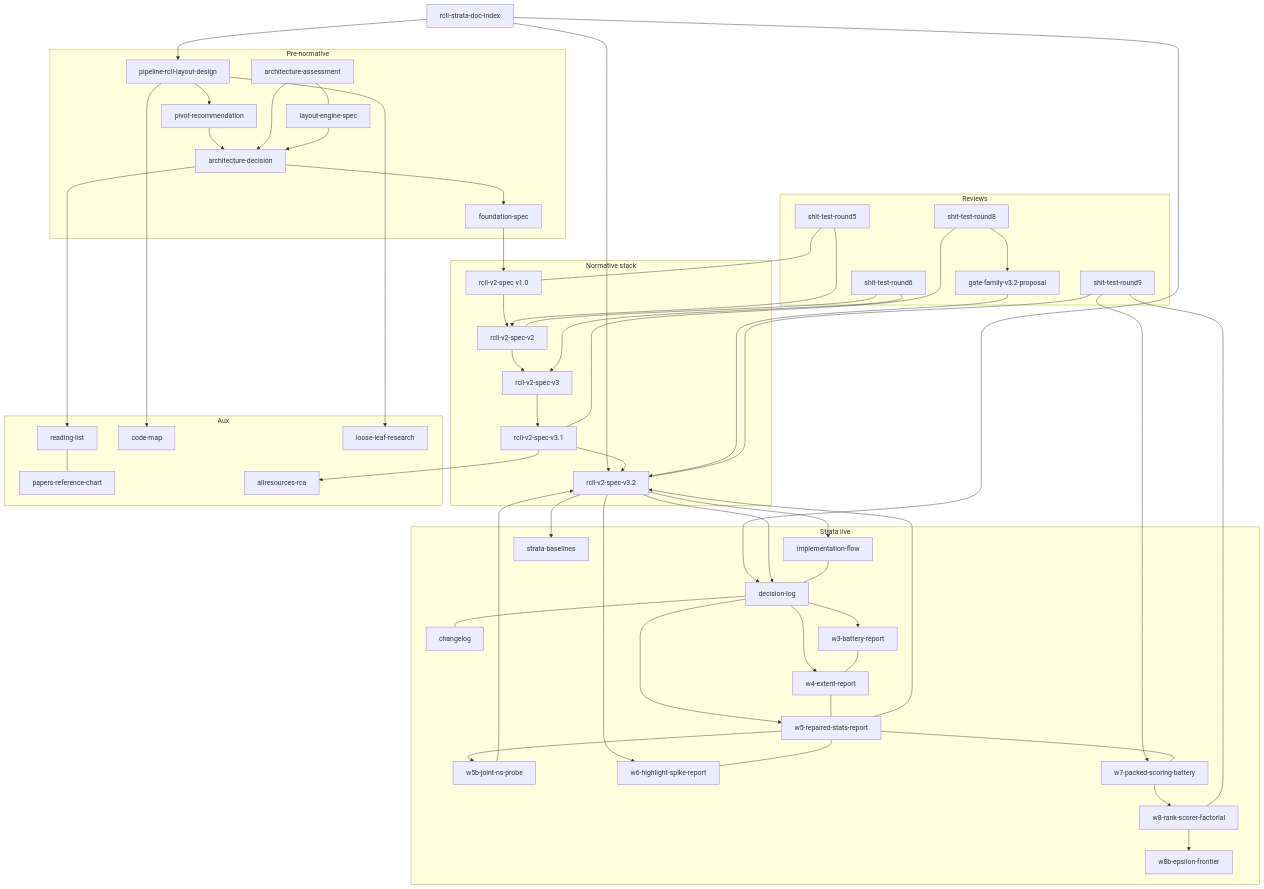
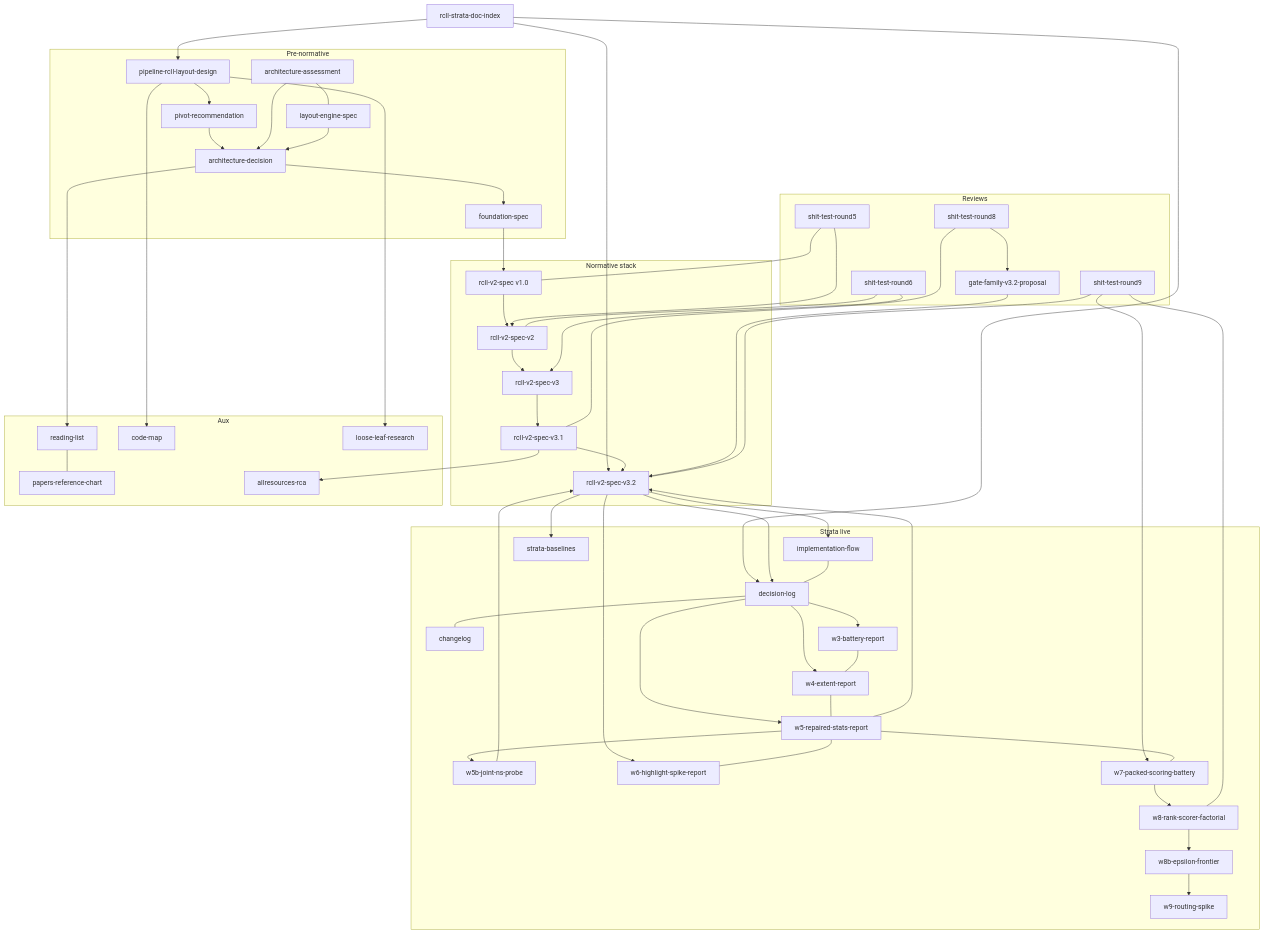
One commit to TusharSariya/excalidraw-tf changed the diagram in docs/rcll-strata-doc-index.md. Above: the diagram before and after it, drawn with Mermaid. The commit also changed other lines of this file and 26 other files, not shown here.

First line of the commit message:
feat(terraform): post-A7 obstacle-avoiding edge routing spike (SDEC-61, W9)

```diff
--- a/docs/rcll-strata-doc-index.md
+++ b/docs/rcll-strata-doc-index.md
@@ -135,6 +136,7 @@
     W7[w7-packed-scoring-battery]
     W8[w8-rank-scorer-factorial]
     W8b[w8b-epsilon-frontier]
+    W9[w9-routing-spike]
     Base[strata-baselines]
   end
 
@@ -187,6 +189,7 @@
   W7 --> W8
   R9 --- W8
   W8 --> W8b
+  W8b --> W9
   W3 --- W4
   W4 --- W5
   V32 --> Base
```
